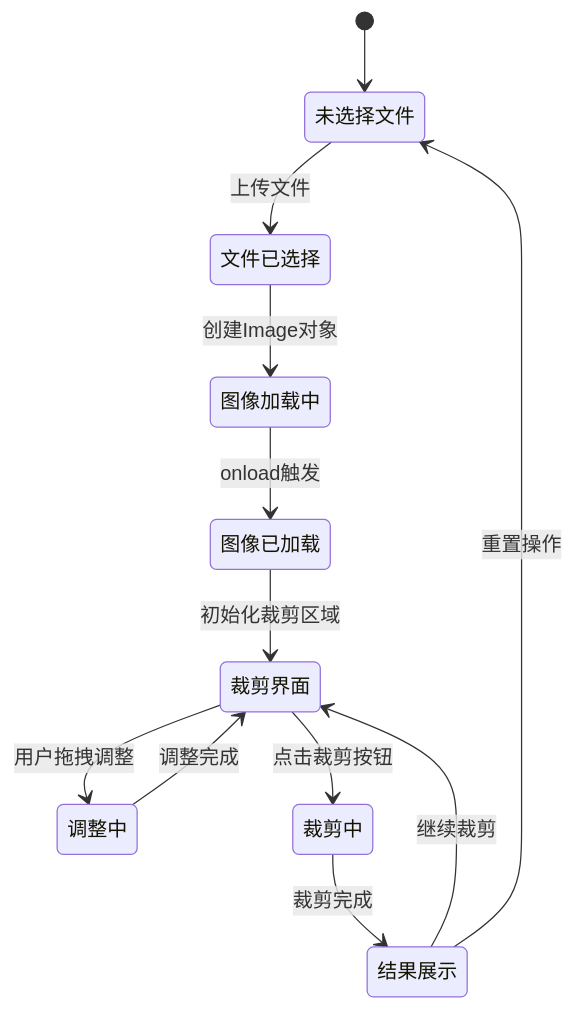
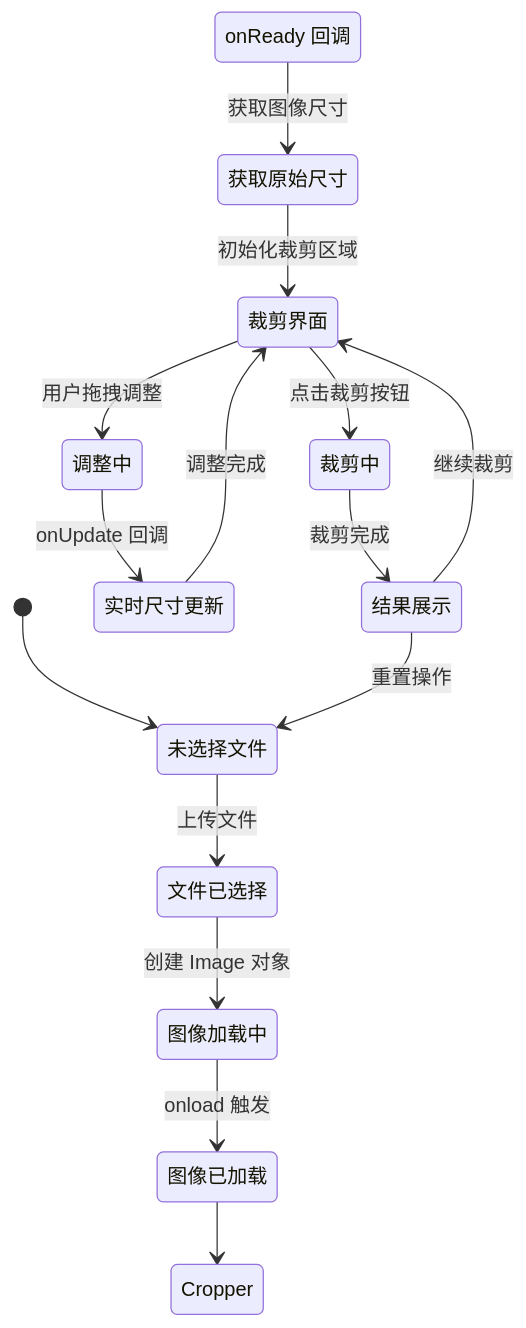
One commit to sgyy/privadeck changed the eighth of 12 diagrams in .qoder/repowiki/zh/content/图像工具/图像裁剪.md. Above: the diagram before and after it, drawn with Mermaid. The commit also changed other lines of this file and 3 other files, not shown here.

First line of the commit message:
feat(image-crop): 升级图像裁剪工具集成 react-advanced-cropper

````diff
--- a/.qoder/repowiki/zh/content/图像工具/图像裁剪.md
+++ b/.qoder/repowiki/zh/content/图像工具/图像裁剪.md
@@ -306,14 +356,17 @@
 ```mermaid
 stateDiagram-v2
 [*] --> 未选择文件
 未选择文件 --> 文件已选择 : 上传文件
-文件已选择 --> 图像加载中 : 创建Image对象
-图像加载中 --> 图像已加载 : onload触发
-图像已加载 --> 裁剪界面 : 初始化裁剪区域
+文件已选择 --> 图像加载中 : 创建 Image 对象
+图像加载中 --> 图像已加载 : onload 触发
+图像已加载 --> Cropper 初始化 : onReady 回调
+Cropper 初始化 --> 获取原始尺寸 : 获取图像尺寸
+获取原始尺寸 --> 裁剪界面 : 初始化裁剪区域
 裁剪界面 --> 调整中 : 用户拖拽调整
-调整中 --> 裁剪界面 : 调整完成
+调整中 --> 实时尺寸更新 : onUpdate 回调
+实时尺寸更新 --> 裁剪界面 : 调整完成
 裁剪界面 --> 裁剪中 : 点击裁剪按钮
 裁剪中 --> 结果展示 : 裁剪完成
 结果展示 --> 裁剪界面 : 继续裁剪
 结果展示 --> 未选择文件 : 重置操作
 ```
````
